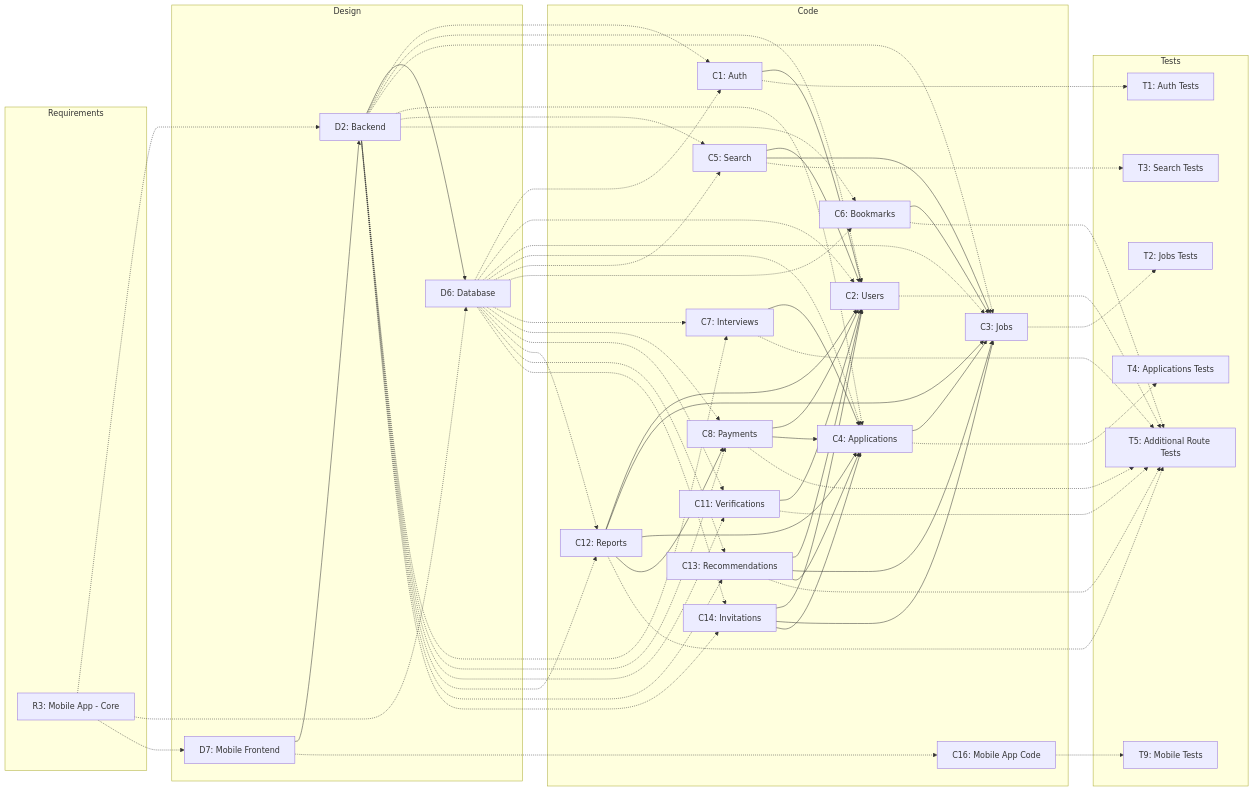
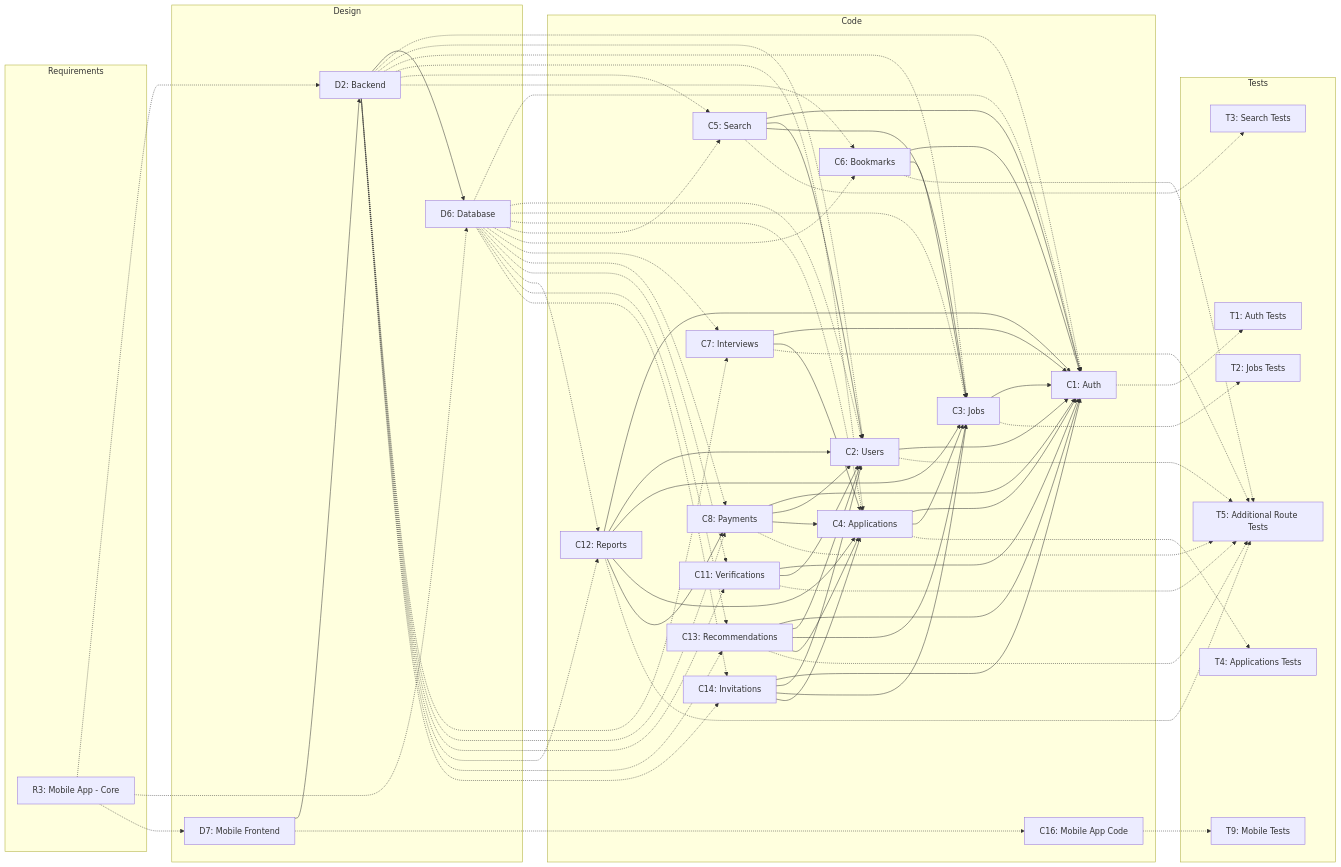
The fourth of 8 diagrams in D4_IMPACT_ANALYSIS.MD (outoft3n/2025-ITCS383-Chongyai), drawn with Mermaid before and after one commit. The commit also changed other lines of this file, not shown here.

````diff
--- a/D4_IMPACT_ANALYSIS.MD
+++ b/D4_IMPACT_ANALYSIS.MD
@@ -304,16 +322,16 @@
 ```mermaid
 graph LR
- 
+
 subgraph Requirements
 R3[R3: Mobile App - Core]
 end
- 
+
 subgraph Design
 D2[D2: Backend]
 D6[D6: Database]
 D7[D7: Mobile Frontend]
 end
- 
+
 subgraph Code
 C1[C1: Auth]
 C2[C2: Users]
@@ -329,7 +347,7 @@
 C14[C14: Invitations]
 C16[C16: Mobile App Code]
 end
- 
+
 subgraph Tests
 T1[T1: Auth Tests]
 T2[T2: Jobs Tests]
@@ -338,14 +356,14 @@
 T5[T5: Additional Route Tests]
 T9[T9: Mobile Tests]
 end
- 
+
 R3 -.-> D2
 R3 -.-> D6
 R3 -.-> D7
- 
+
 D7 --> D2
 D2 --> D6
- 
+
 D2 -.-> C1
 D2 -.-> C2
 D2 -.-> C3
@@ -371,27 +389,37 @@
 D6 -.-> C13
 D6 -.-> C14
 D7 -.-> C16
- 
-C1 --> C2
+
+C2 --> C1
+C3 --> C1
+C4 --> C1
 C4 --> C3
+C5 --> C1
 C5 --> C2
 C5 --> C3
+C6 --> C1
 C6 --> C3
+C7 --> C1
 C7 --> C4
+C8 --> C1
 C8 --> C2
 C8 --> C4
+C11 --> C1
 C11 --> C2
+C12 --> C1
 C12 --> C2
 C12 --> C3
 C12 --> C4
 C12 --> C8
+C13 --> C1
 C13 --> C2
 C13 --> C3
 C13 --> C4
+C14 --> C1
 C14 --> C2
 C14 --> C3
 C14 --> C4
- 
+
 C1 -.-> T1
 C3 -.-> T2
 C5 -.-> T3
````
